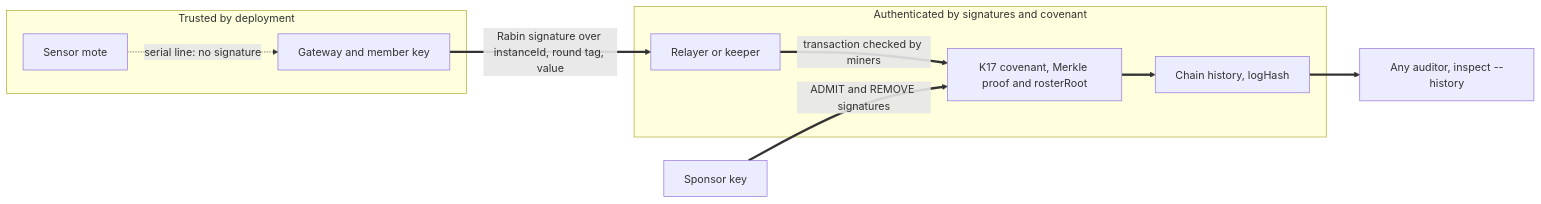
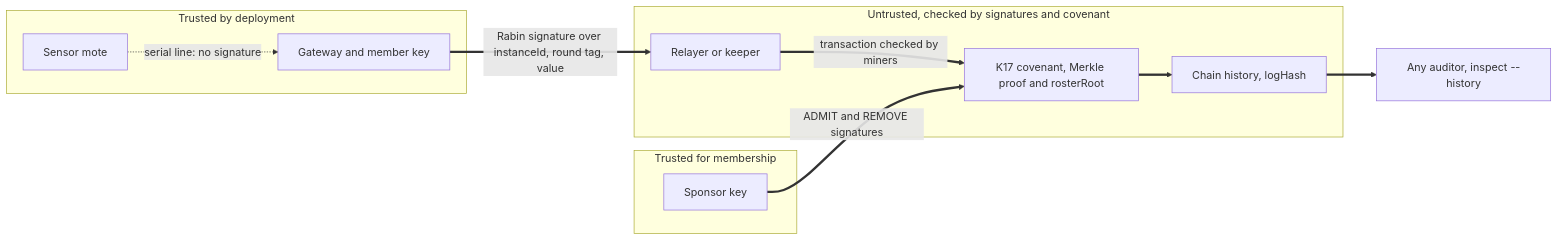
Before and after one commit to Bittoku/k17-dc4cd: the fifth of 5 diagrams in docs/ARCHITECTURE.md, drawn with Mermaid. The commit also changed other lines of this file and 4 other files, not shown here.

Commit message:
docs: architecture fact-check corrections; stale sizes and roster notes

````diff
--- a/docs/ARCHITECTURE.md
+++ b/docs/ARCHITECTURE.md
@@ -360,21 +361,23 @@
 ```mermaid
 flowchart LR
     subgraph T1["Trusted by deployment"]
         Mote["Sensor mote"]
         GW["Gateway and member key"]
     end
-    subgraph T2["Authenticated by signatures and covenant"]
+    subgraph T2["Untrusted, checked by signatures and covenant"]
         Relay["Relayer or keeper"]
         Cov["K17 covenant, Merkle proof and rosterRoot"]
         Hist["Chain history, logHash"]
     end
-    Spon["Sponsor key"]
+    subgraph T3["Trusted for membership"]
+        Spon["Sponsor key"]
+    end
     Auditor["Any auditor, inspect --history"]
 
     Mote -. "serial line: no signature" .-> GW
     GW == "Rabin signature over instanceId, round tag, value" ==> Relay
     Relay == "transaction checked by miners" ==> Cov
     Spon == "ADMIT and REMOVE signatures" ==> Cov
     Cov ==> Hist
     Hist ==> Auditor
 ```
````
